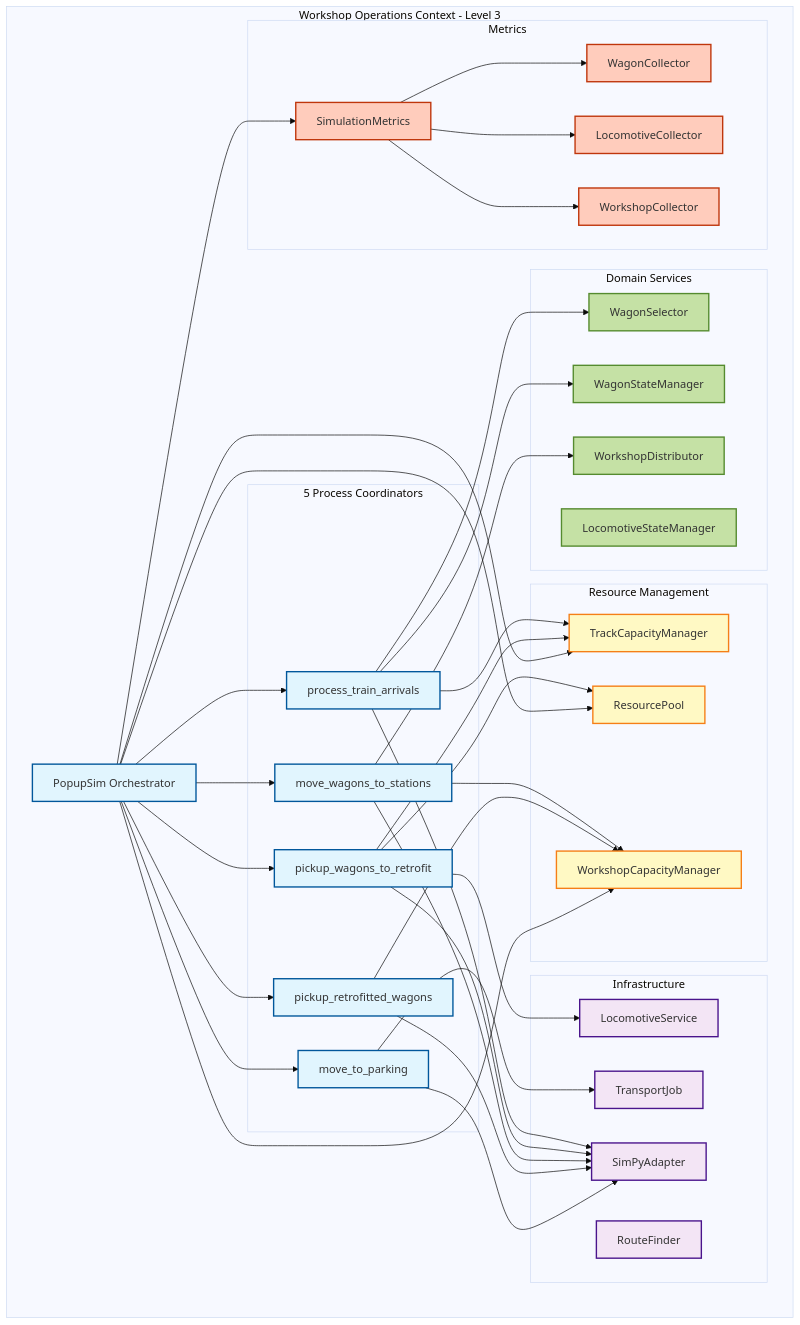
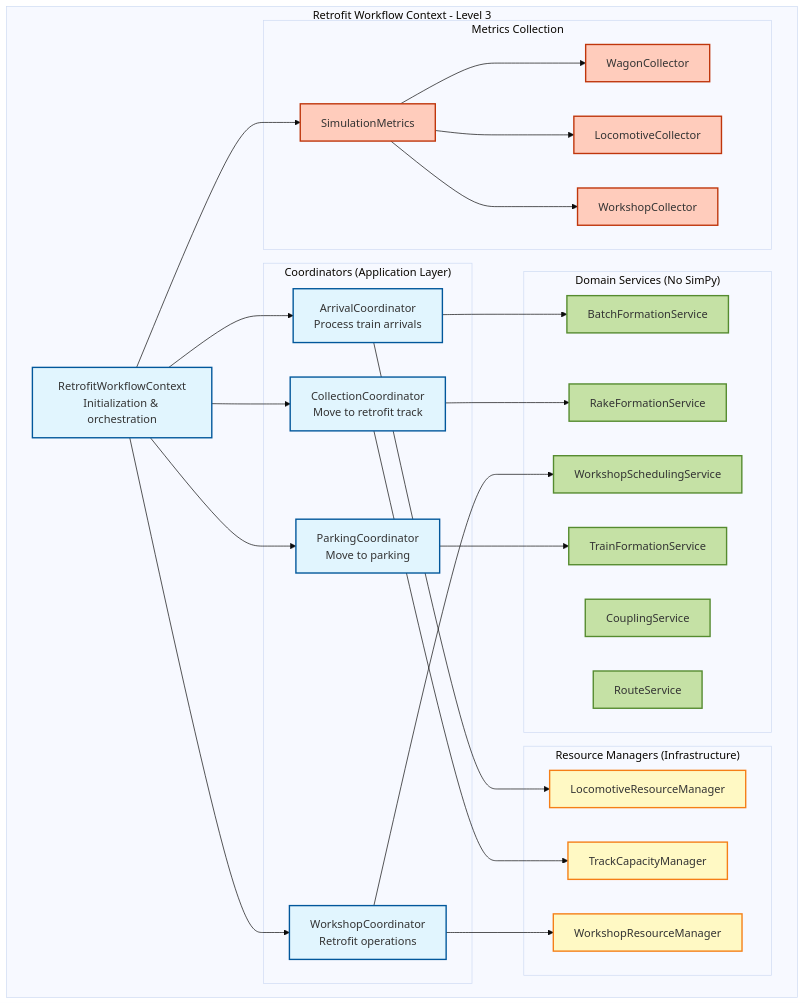
One commit to OpenRailAssociation/dac-migration-dss-popupsim changed the second of 7 diagrams in docs/mvp/architecture/05a-level3-implementation.md. Above: the diagram before and after it, drawn with Mermaid (base theme). The commit also changed other lines of this file and 197 other files, not shown here.

````diff
--- a/docs/mvp/architecture/05a-level3-implementation.md
+++ b/docs/mvp/architecture/05a-level3-implementation.md
@@ -82,85 +78,64 @@
 ```mermaid
 graph TB
-    subgraph "Workshop Operations Context - Level 3"
-        PS[PopupSim Orchestrator]
+    subgraph "Retrofit Workflow Context - Level 3"
+        Context["RetrofitWorkflowContext<br/>Initialization & orchestration"]
         
-        subgraph "5 Process Coordinators"
-            C1[process_train_arrivals]
-            C2[pickup_wagons_to_retrofit]
-            C3[move_wagons_to_stations]
-            C4[pickup_retrofitted_wagons]
-            C5[move_to_parking]
+        subgraph "Coordinators (Application Layer)"
+            Arrival["ArrivalCoordinator<br/>Process train arrivals"]
+            Collection["CollectionCoordinator<br/>Move to retrofit track"]
+            Workshop["WorkshopCoordinator<br/>Retrofit operations"]
+            Parking["ParkingCoordinator<br/>Move to parking"]
         end
         
-        subgraph "Resource Management"
-            RP[ResourcePool]
-            TCM[TrackCapacityManager]
-            WCM[WorkshopCapacityManager]
+        subgraph "Domain Services (No SimPy)"
+            Batch["BatchFormationService"]
+            Rake["RakeFormationService"]
+            TrainForm["TrainFormationService"]
+            Schedule["WorkshopSchedulingService"]
+            Coupling["CouplingService"]
+            Route["RouteService"]
         end
         
-        subgraph "Domain Services"
-            WS[WagonSelector]
-            WSM[WagonStateManager]
-            LSM[LocomotiveStateManager]
-            WD[WorkshopDistributor]
+        subgraph "Resource Managers (Infrastructure)"
+            LocoMgr["LocomotiveResourceManager"]
+            TrackMgr["TrackCapacityManager"]
+            WorkshopMgr["WorkshopResourceManager"]
         end
         
-        subgraph "Infrastructure"
-            SA[SimPyAdapter]
-            LS[LocomotiveService]
-            RF[RouteFinder]
-            Jobs[TransportJob]
-        end
-        
-        subgraph "Metrics"
-            SM[SimulationMetrics]
-            WC[WagonCollector]
-            LC[LocomotiveCollector]
-            WKC[WorkshopCollector]
+        subgraph "Metrics Collection"
+            Metrics["SimulationMetrics"]
+            WagonCol["WagonCollector"]
+            LocoCol["LocomotiveCollector"]
+            WorkshopCol["WorkshopCollector"]
         end
     end
     
-    PS --> C1
-    PS --> C2
-    PS --> C3
-    PS --> C4
-    PS --> C5
+    Context --> Arrival
+    Context --> Collection
+    Context --> Workshop
+    Context --> Parking
     
-    C1 --> WS
-    C1 --> WSM
-    C1 --> TCM
-    C2 --> RP
-    C2 --> LS
-    C2 --> TCM
-    C3 --> WCM
-    C3 --> WD
-    C4 --> WCM
-    C5 --> Jobs
+    Arrival --> Batch
+    Collection --> Rake
+    Workshop --> Schedule
+    Parking --> TrainForm
     
-    PS --> RP
-    PS --> TCM
-    PS --> WCM
-    PS --> SM
+    Arrival --> LocoMgr
+    Collection --> TrackMgr
+    Workshop --> WorkshopMgr
     
-    SM --> WC
-    SM --> LC
-    SM --> WKC
+    Context --> Metrics
+    Metrics --> WagonCol
+    Metrics --> LocoCol
+    Metrics --> WorkshopCol
     
-    C1 --> SA
-    C2 --> SA
-    C3 --> SA
-    C4 --> SA
-    C5 --> SA
-
     classDef coord fill:#e1f5fe,stroke:#01579b,stroke-width:2px
+    classDef domain fill:#c5e1a5,stroke:#558b2f,stroke-width:2px
     classDef resource fill:#fff9c4,stroke:#f57f17,stroke-width:2px
-    classDef domain fill:#c5e1a5,stroke:#558b2f,stroke-width:2px
-    classDef infra fill:#f3e5f5,stroke:#4a148c,stroke-width:2px
     classDef metrics fill:#ffccbc,stroke:#bf360c,stroke-width:2px
     
-    class PS,C1,C2,C3,C4,C5 coord
-    class RP,TCM,WCM resource
-    class WS,WSM,LSM,WD domain
-    class SA,LS,RF,Jobs infra
-    class SM,WC,LC,WKC metrics
+    class Context,Arrival,Collection,Workshop,Parking coord
+    class Batch,Rake,TrainForm,Schedule,Coupling,Route domain
+    class LocoMgr,TrackMgr,WorkshopMgr resource
+    class Metrics,WagonCol,LocoCol,WorkshopCol metrics
 ```
````
